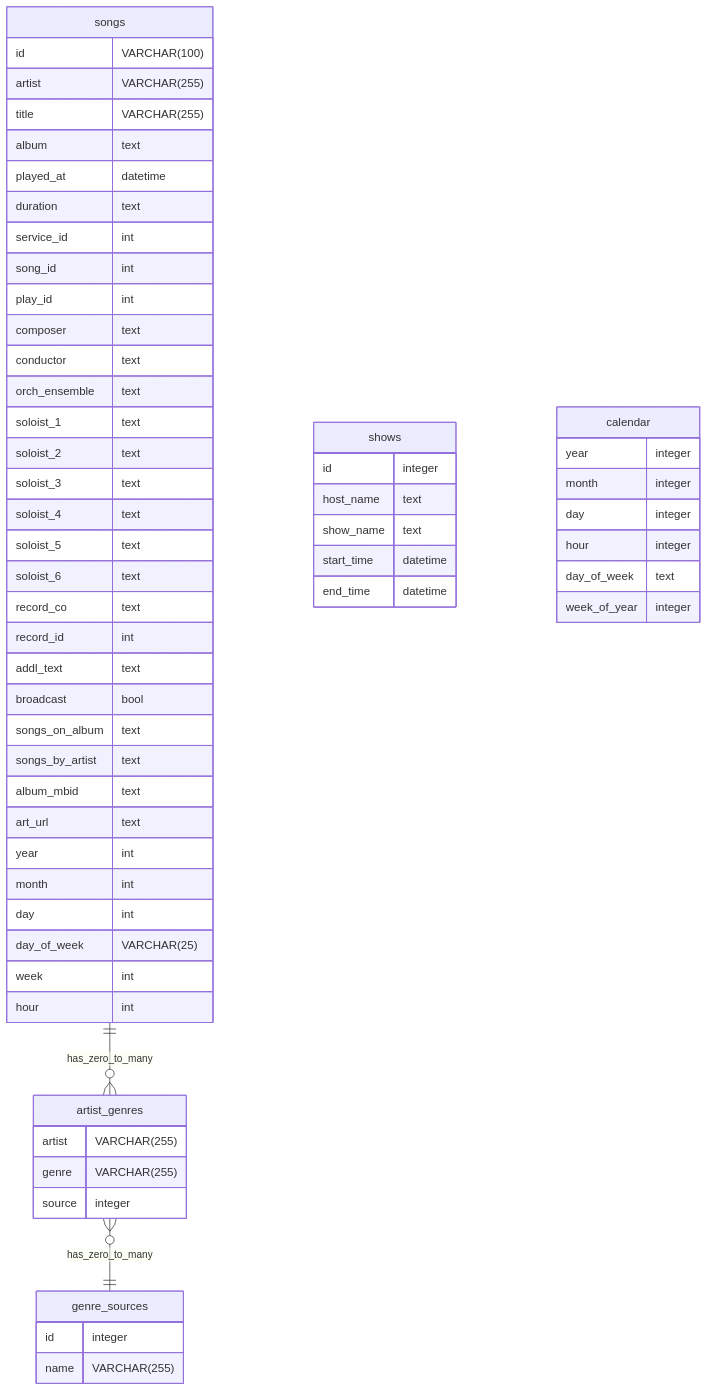
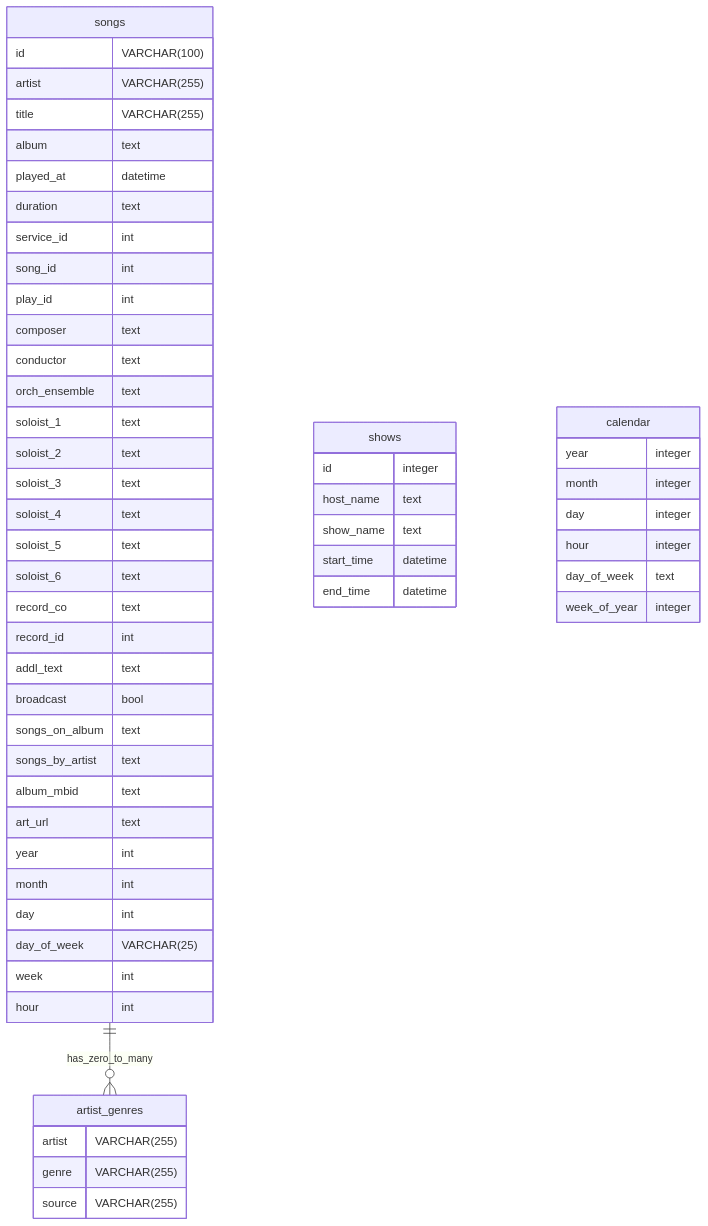
One commit to jasonmotylinski/thecurrent changed the diagram in datamodel.md. Above: the diagram before and after it, drawn with Mermaid. The commit also changed 5 other files, not shown here.

````diff
--- a/datamodel.md
+++ b/datamodel.md
@@ -1,69 +1,64 @@
 ```mermaid
 erDiagram
 songs {
     id VARCHAR(100)
     artist VARCHAR(255)
     title VARCHAR(255)
     album text
     played_at datetime
     duration text
     service_id int 
     song_id int
     play_id int 
     composer text 
     conductor text 
     orch_ensemble text 
     soloist_1 text
     soloist_2 text 
     soloist_3 text 
     soloist_4 text
     soloist_5 text 
     soloist_6 text 
     record_co text 
     record_id int 
     addl_text text 
     broadcast bool 
     songs_on_album text
     songs_by_artist text 
     album_mbid text
     art_url text
     year int
     month int 
     day int
     day_of_week VARCHAR(25)
     week int
     hour int
 }
 
 shows{
     id integer
     host_name text
     show_name text
     start_time datetime
     end_time datetime
 }
 
 calendar {
     year integer
     month integer
     day integer
     hour integer
     day_of_week text
     week_of_year integer
 }
 
 artist_genres {
     artist VARCHAR(255)
     genre VARCHAR(255)
-    source integer
+    source VARCHAR(255)
 }
 
-genre_sources {
-    id integer
-    name VARCHAR(255)
-}
 
 songs ||--o{ artist_genres: has_zero_to_many
-artist_genres }o--|| genre_sources: has_zero_to_many
 
 ```
````
